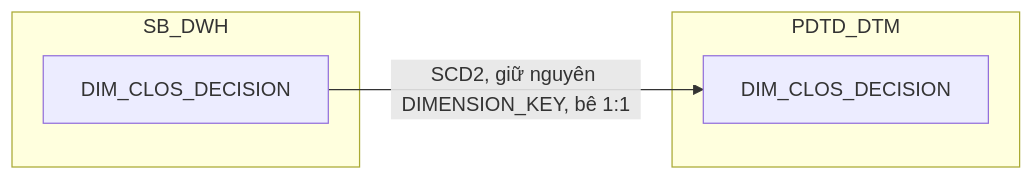
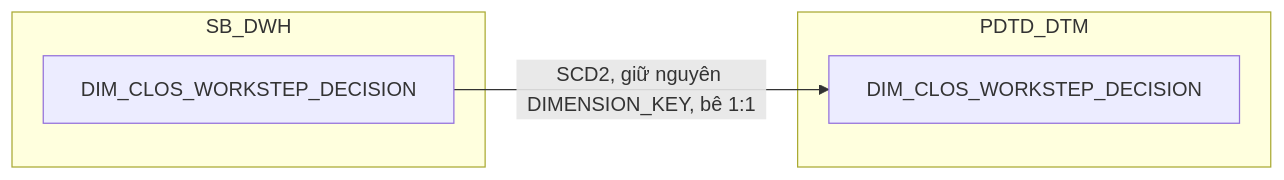
The fifth of 18 diagrams in hld/hld_review/HLD_DIM_PDTD_DTM_review.md (chien1198/sb-mapping-gen), drawn with Mermaid before and after one commit. The commit also changed other lines of this file and 183 other files, not shown here.

````diff
--- a/hld/hld_review/HLD_DIM_PDTD_DTM_review.md
+++ b/hld/hld_review/HLD_DIM_PDTD_DTM_review.md
@@ -272,10 +233,10 @@
 ```mermaid
 flowchart LR
     subgraph SB_DWH
-        D["DIM_CLOS_DECISION"]
+        D["DIM_CLOS_WORKSTEP_DECISION"]
     end
     subgraph PDTD_DTM
-        E["DIM_CLOS_DECISION"]
+        E["DIM_CLOS_WORKSTEP_DECISION"]
     end
     D -->|SCD2, giữ nguyên DIMENSION_KEY, bê 1:1| E
 ```
````
